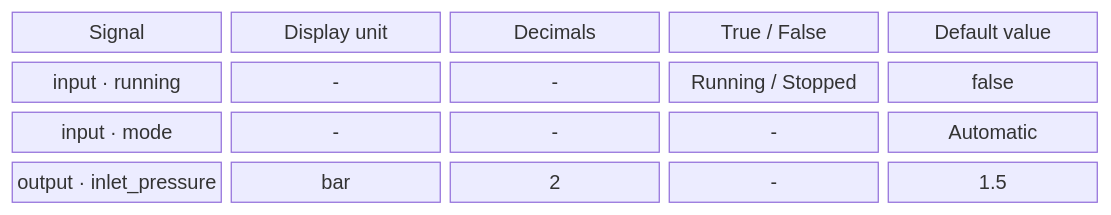
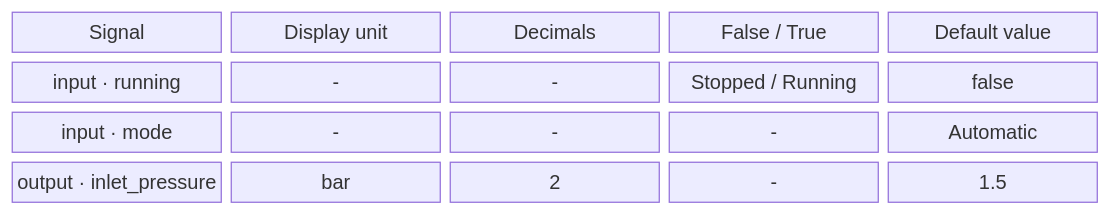
Diagram 40 of 52 in metadata/draft.md (AlexandreGallais/synoptic-studio-spec), drawn with Mermaid before and after one commit. The commit also changed other lines of this file and 5 other files, not shown here.

````diff
--- a/metadata/draft.md
+++ b/metadata/draft.md
@@ -1167,8 +1169,8 @@
 ```mermaid
 block-beta
     columns 5
-    h1["Signal"] h2["Display unit"] h3["Decimals"] h5["True / False"] h4["Default value"]
-    a1["input · running"] a2["-"] a3["-"] a5["Running / Stopped"] a4["false"]
+    h1["Signal"] h2["Display unit"] h3["Decimals"] h5["False / True"] h4["Default value"]
+    a1["input · running"] a2["-"] a3["-"] a5["Stopped / Running"] a4["false"]
     b1["input · mode"] b2["-"] b3["-"] b5["-"] b4["Automatic"]
     c1["output · inlet_pressure"] c2["bar"] c3["2"] c5["-"] c4["1.5"]
 ```
````
